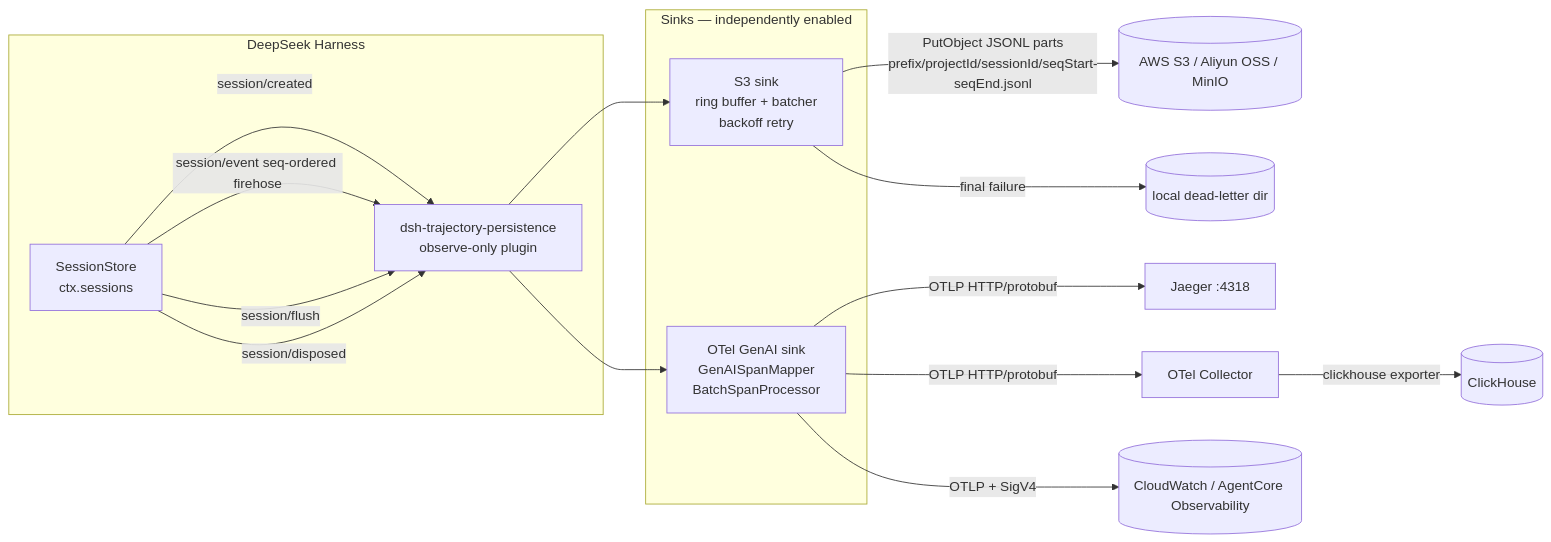
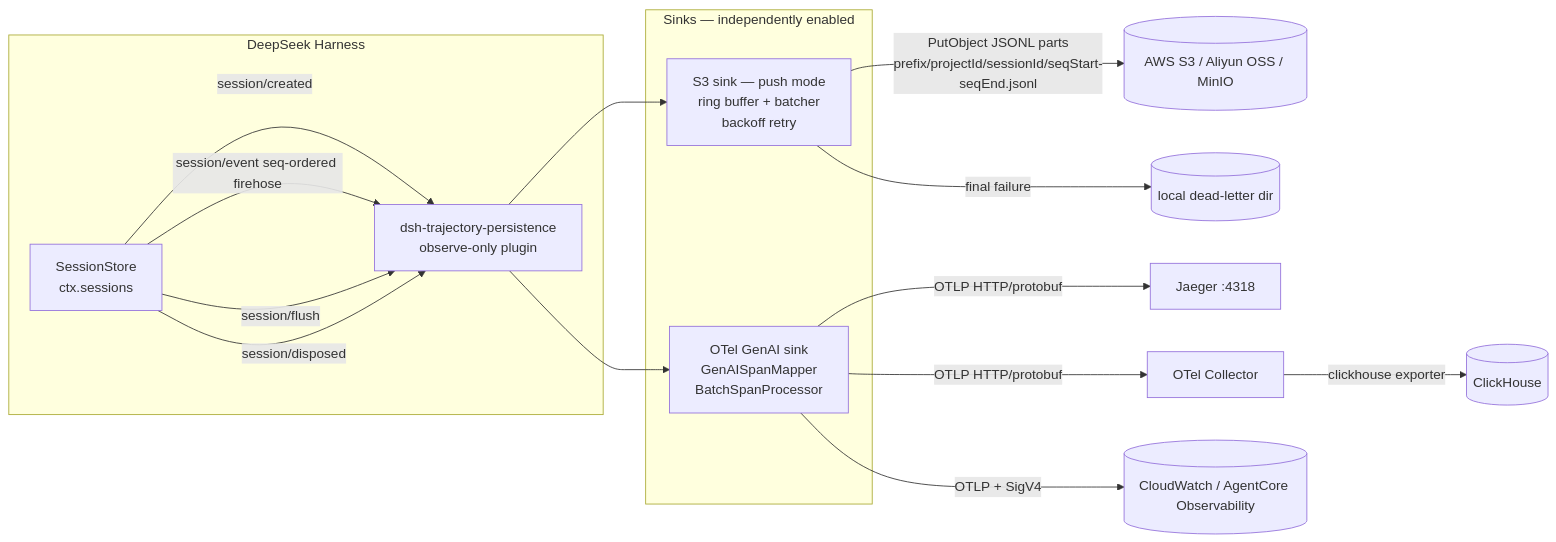
The diagram in README.md (aws-cnug-o11y/dsh-trajectory-persistence), drawn with Mermaid before and after one commit. The commit also changed other lines of this file and 5 other files, not shown here.

Commit message:
docs: ship mode & sync-down — push/ship comparison, ship-sync guide, config fields

````diff
--- a/README.md
+++ b/README.md
@@ -27,22 +31,22 @@
 ```mermaid
 flowchart LR
     subgraph dsh [DeepSeek Harness]
         SS[SessionStore<br/>ctx.sessions] -->|session/created| P
         SS -->|session/event seq-ordered firehose| P
         SS -->|session/flush| P
         SS -->|session/disposed| P
         P[dsh-trajectory-persistence<br/>observe-only plugin]
     end
     subgraph sinks [Sinks — independently enabled]
-        S3S[S3 sink<br/>ring buffer + batcher<br/>backoff retry]
+        S3S[S3 sink — push mode<br/>ring buffer + batcher<br/>backoff retry]
         OTS[OTel GenAI sink<br/>GenAISpanMapper<br/>BatchSpanProcessor]
     end
     P --> S3S
     P --> OTS
     S3S -->|PutObject JSONL parts<br/>prefix/projectId/sessionId/seqStart-seqEnd.jsonl| S3[(AWS S3 / Aliyun OSS / MinIO)]
     S3S -->|final failure| DL[(local dead-letter dir)]
     OTS -->|OTLP HTTP/protobuf| J[Jaeger :4318]
     OTS -->|OTLP HTTP/protobuf| C[OTel Collector]
     OTS -->|OTLP + SigV4| CW[(CloudWatch / AgentCore Observability)]
     C -->|clickhouse exporter| CH[(ClickHouse)]
 ```
````
